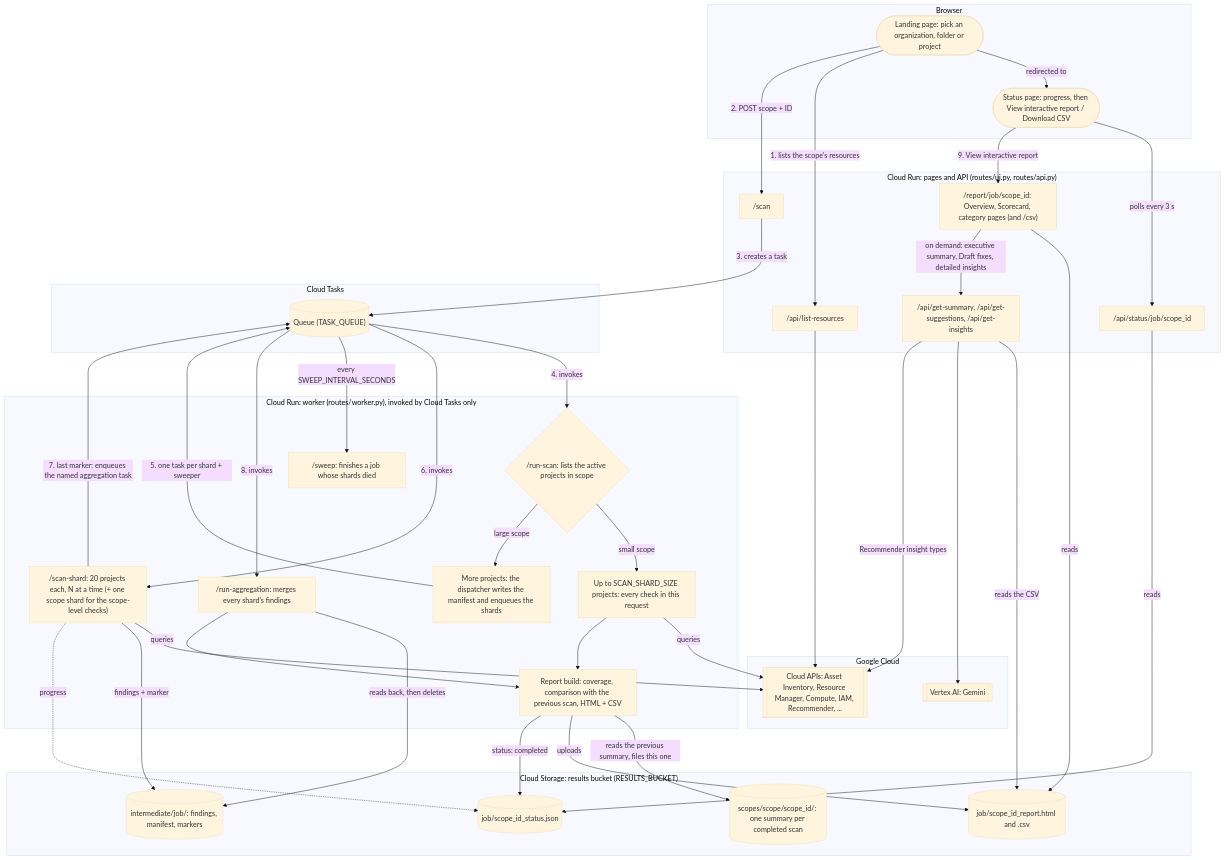
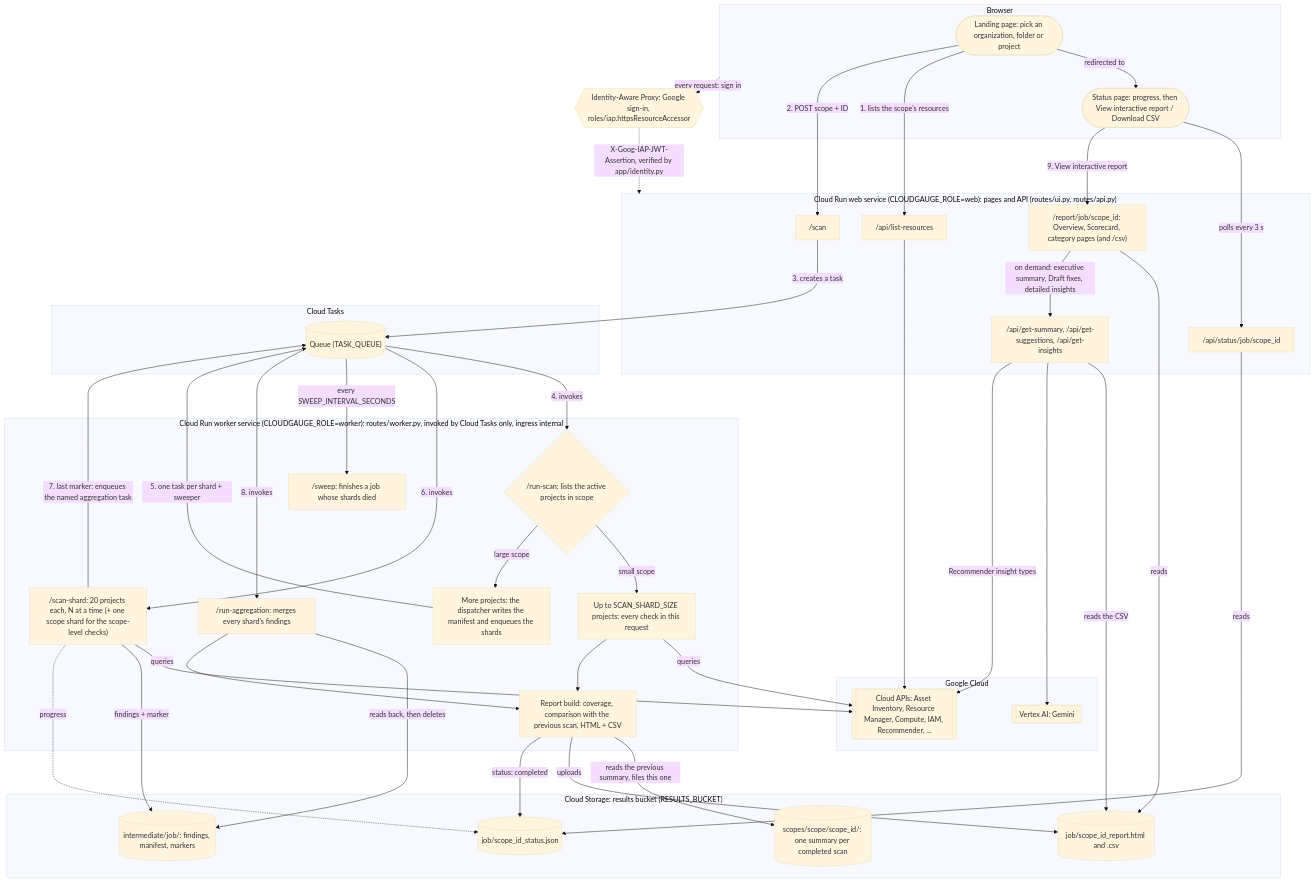
Before and after one commit to GoogleCloudPlatform/CloudGauge: the diagram in README.md, drawn with Mermaid (base theme). The commit also changed other lines of this file and 27 other files, not shown here.

````diff
--- a/README.md
+++ b/README.md
@@ -108,76 +110,80 @@
 ```mermaid
 graph TD
     subgraph browser["Browser"]
         A(["Landing page: pick an organization, folder or project"])
         B(["Status page: progress, then View interactive report / Download CSV"])
         A -->|"redirected to"| B
     end
 
-    subgraph pages["Cloud Run: pages and API (routes/ui.py, routes/api.py)"]
+    IAP{{"Identity-Aware Proxy: Google sign-in, roles/iap.httpsResourceAccessor"}}
+
+    subgraph pages["Cloud Run web service (CLOUDGAUGE_ROLE=web): pages and API (routes/ui.py, routes/api.py)"]
         LIST["/api/list-resources"]
         SCAN["/scan"]
         STATUS["/api/status/job/scope_id"]
         REPORT["/report/job/scope_id: Overview, Scorecard, category pages (and /csv)"]
         ONDEMAND["/api/get-summary, /api/get-suggestions, /api/get-insights"]
     end
 
     subgraph tasks["Cloud Tasks"]
         Q[("Queue (TASK_QUEUE)")]
     end
 
-    subgraph worker["Cloud Run: worker (routes/worker.py), invoked by Cloud Tasks only"]
+    subgraph worker["Cloud Run worker service (CLOUDGAUGE_ROLE=worker): routes/worker.py, invoked by Cloud Tasks only, ingress internal"]
         RUN{"/run-scan: lists the active projects in scope"}
         ONE["Up to SCAN_SHARD_SIZE projects: every check in this request"]
         DISPATCH["More projects: the dispatcher writes the manifest and enqueues the shards"]
         SHARD["/scan-shard: 20 projects each, N at a time (+ one scope shard for the scope-level checks)"]
         SWEEP["/sweep: finishes a job whose shards died"]
         AGG["/run-aggregation: merges every shard's findings"]
         BUILD["Report build: coverage, comparison with the previous scan, HTML + CSV"]
     end
 
     subgraph bucket["Cloud Storage: results bucket (RESULTS_BUCKET)"]
         ST[("job/scope_id_status.json")]
         INT[("intermediate/job/: findings, manifest, markers")]
         REP[("job/scope_id_report.html and .csv")]
         HIST[("scopes/scope/scope_id/: one summary per completed scan")]
     end
 
     subgraph gcp["Google Cloud"]
         APIS[["Cloud APIs: Asset Inventory, Resource Manager, Compute, IAM, Recommender, ..."]]
         GEMINI[["Vertex AI: Gemini"]]
     end
 
+    browser -.->|"every request: sign in"| IAP
+    IAP -.->|"X-Goog-IAP-JWT-Assertion, verified by app/identity.py"| pages
     A -->|"1. lists the scope's resources"| LIST
     LIST --> APIS
     A -->|"2. POST scope + ID"| SCAN
     SCAN -->|"3. creates a task"| Q
     B -->|"polls every 3 s"| STATUS
     STATUS -->|"reads"| ST
 
     Q -->|"4. invokes"| RUN
     RUN -->|"small scope"| ONE
     RUN -->|"large scope"| DISPATCH
     DISPATCH -->|"5. one task per shard + sweeper"| Q
     Q -->|"6. invokes"| SHARD
     Q -->|"every SWEEP_INTERVAL_SECONDS"| SWEEP
     ONE -->|"queries"| APIS
     SHARD -->|"queries"| APIS
     SHARD -->|"findings + marker"| INT
     SHARD -.->|"progress"| ST
     SHARD -->|"7. last marker: enqueues the named aggregation task"| Q
     Q -->|"8. invokes"| AGG
     AGG -->|"reads back, then deletes"| INT
 
     ONE --> BUILD
     AGG --> BUILD
     BUILD -->|"reads the previous summary, files this one"| HIST
     BUILD -->|"uploads"| REP
     BUILD -->|"status: completed"| ST
 
     B -->|"9. View interactive report"| REPORT
     REPORT -->|"reads"| REP
     REPORT -->|"on demand: executive summary, Draft fixes, detailed insights"| ONDEMAND
     ONDEMAND -->|"reads the CSV"| REP
     ONDEMAND --> GEMINI
     ONDEMAND -->|"Recommender insight types"| APIS
 ```
````
